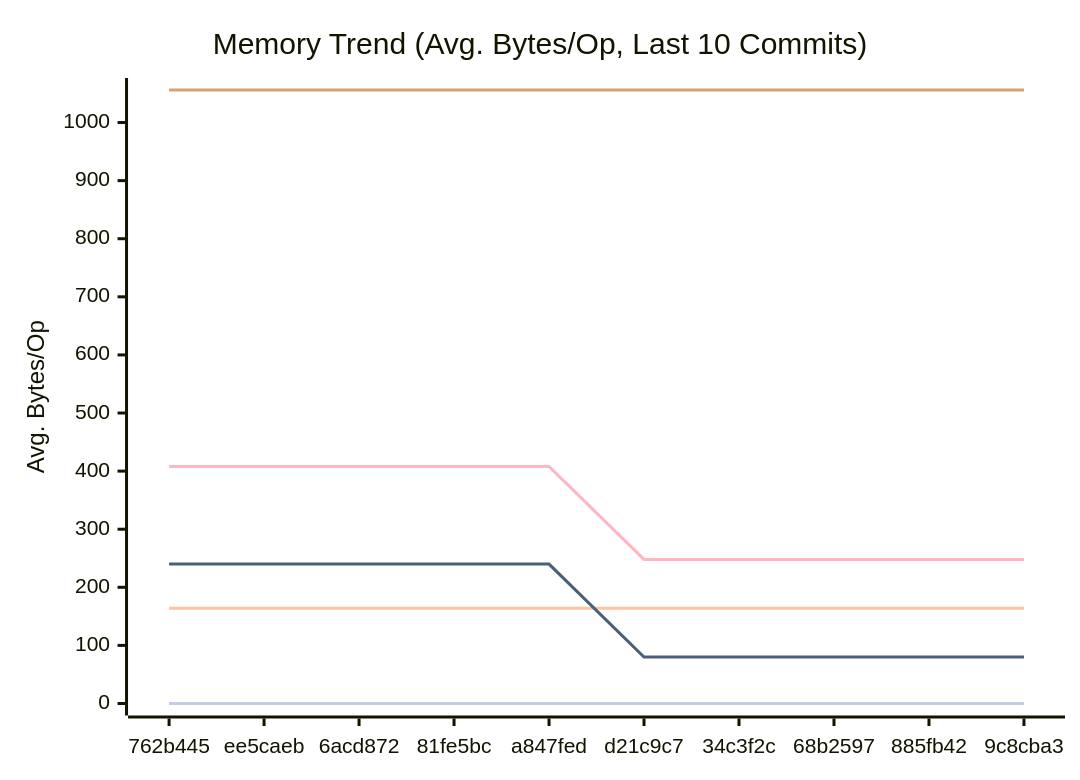
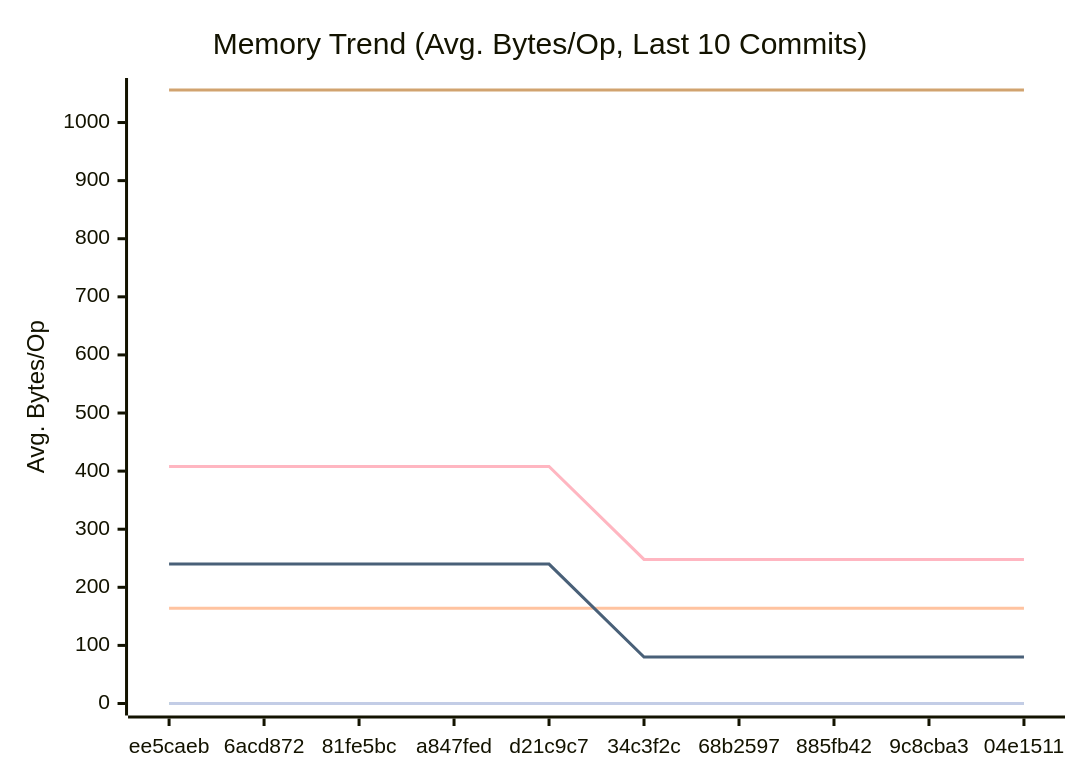
The second of 3 diagrams in docs/PERFORMANCE.md (alsotoes/momo), drawn with Mermaid before and after one commit. The commit also changed other lines of this file and 3 other files, not shown here.

````diff
--- a/docs/PERFORMANCE.md
+++ b/docs/PERFORMANCE.md
@@ -97,16 +97,16 @@
 ```mermaid
 xychart-beta
     title "Memory Trend (Avg. Bytes/Op, Last 10 Commits)"
     x-axis "Commit"
     y-axis "Avg. Bytes/Op"
-    x-axis [762b445,ee5caeb,6acd872,81fe5bc,a847fed,d21c9c7,34c3f2c,68b2597,885fb42,9c8cba3]
+    x-axis [ee5caeb,6acd872,81fe5bc,a847fed,d21c9c7,34c3f2c,68b2597,885fb42,9c8cba3,04e1511]
     line "CheckMetricsAndSwap" [0,0,0,0,0,0,0,0,0,0]
     line "CrushOptimized" [0,0,0,0,0,0,0,0,0,0]
     line "CrushOriginal" [164,164,164,164,164,164,164,164,164,164]
     line "IndexDirectTracking" [0,0,0,0,0,0,0,0,0,0]
     line "IndexSearch" [0,0,0,0,0,0,0,0,0,0]
     line "LoadGlobalConfig" [1056,1056,1056,1056,1056,1056,1056,1056,1056,1056]
     line "PadString" [0,0,0,0,0,0,0,0,0,0]
     line "ParseReplicationOrder_NoPrealloc" [408,408,408,408,408,248,248,248,248,248]
     line "ParseReplicationOrder_Prealloc" [240,240,240,240,240,80,80,80,80,80]
 ```
````
